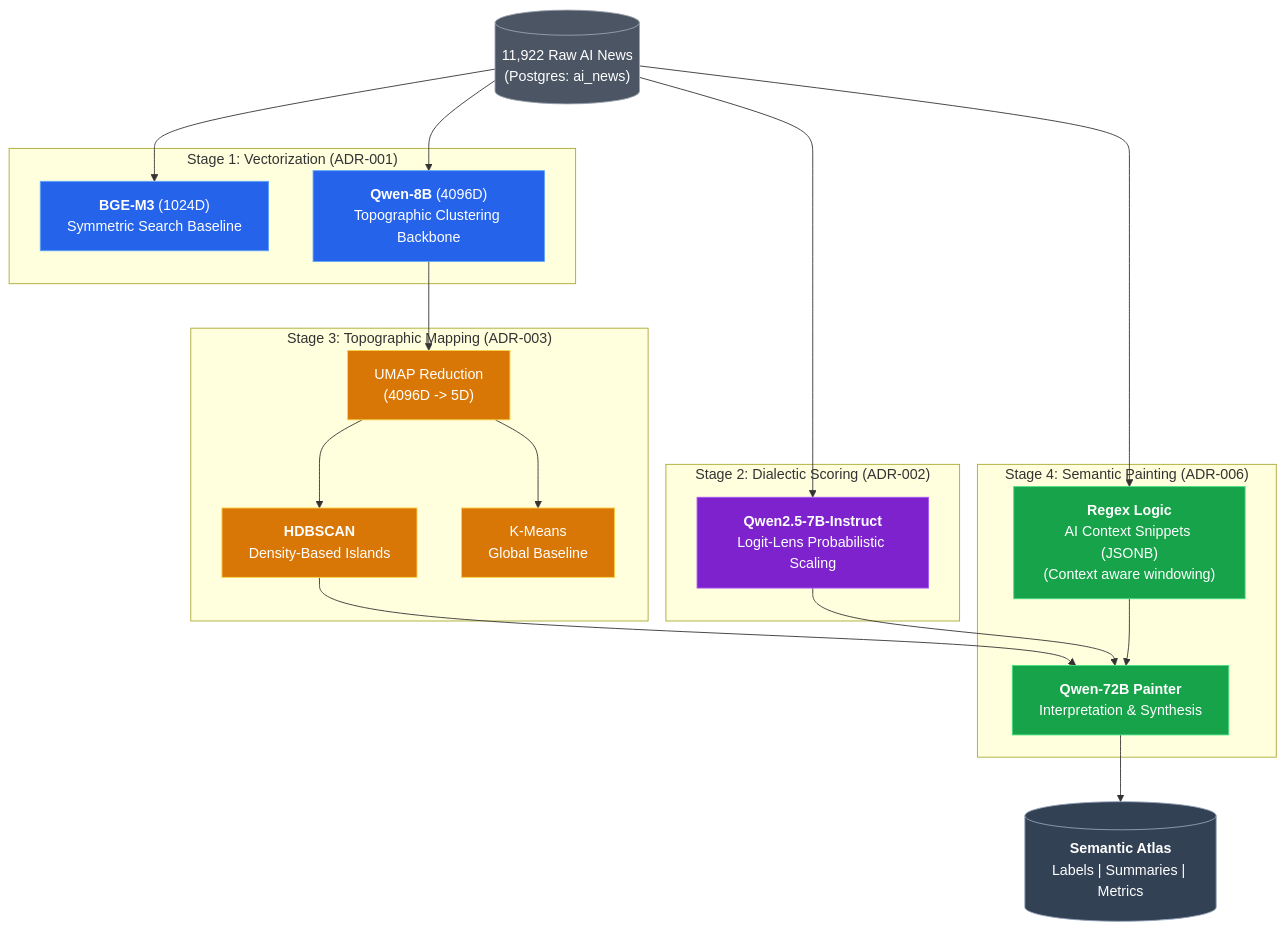
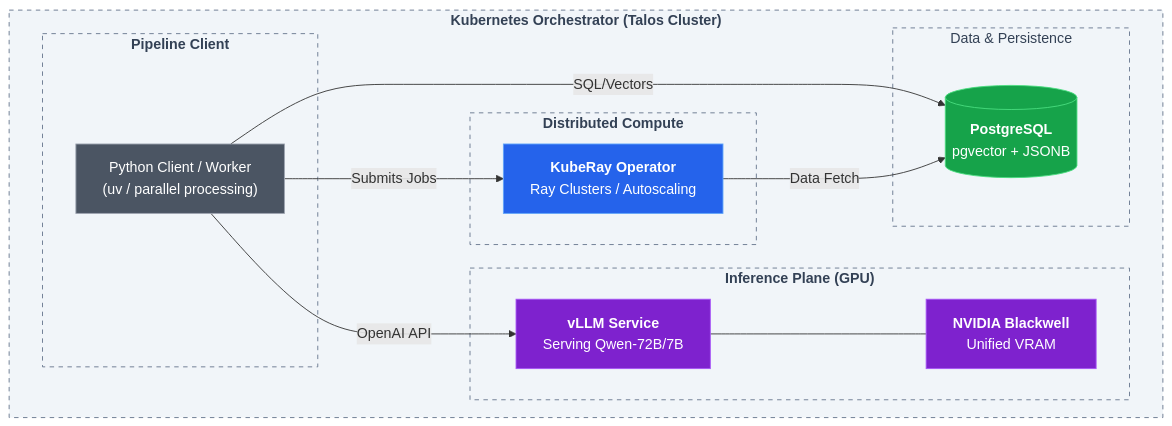
Before and after one commit to HugoAlmeidaMoreira/ainews-clustering: the first of 4 diagrams in dev/ADR/adr-010-end-to-end-semantic-atlas-pipeline.md, drawn with Mermaid. The commit also changed other lines of this file and 7 other files, not shown here.

Commit message:
feat: Upgrade semantic analysis to Qwen2.5-72B-Instruct-FP8 with 7B fallback and implement multi-model semantic storage.

````diff
--- a/dev/ADR/adr-010-end-to-end-semantic-atlas-pipeline.md
+++ b/dev/ADR/adr-010-end-to-end-semantic-atlas-pipeline.md
@@ -72,58 +51,42 @@
 ```mermaid
 graph TD
     %% ---------------------------------------------------------
     %% COLOR PALETTE
     %% ---------------------------------------------------------
-    classDef raw fill:#4b5563,stroke:#9ca3af,color:#fff
-    classDef stage1 fill:#2563eb,stroke:#60a5fa,color:#fff
-    classDef stage2 fill:#7e22ce,stroke:#a855f7,color:#fff
-    classDef stage3 fill:#d97706,stroke:#fcd34d,color:#fff
-    classDef stage4 fill:#16a34a,stroke:#4ade80,color:#fff
-    classDef storage fill:#334155,stroke:#94a3b8,color:#fff
+    classDef cluster fill:#f1f5f9,stroke:#64748b,stroke-dasharray: 5 5,color:#334155
+    classDef storage fill:#16a34a,stroke:#4ade80,color:#fff
+    classDef compute fill:#2563eb,stroke:#60a5fa,color:#fff
+    classDef gpu fill:#7e22ce,stroke:#a855f7,color:#fff
+    classDef client fill:#4b5563,stroke:#9ca3af,color:#fff
 
-    %% ---------------------------------------------------------
-    %% DATA FLOW
-    %% ---------------------------------------------------------
-    
-    RAW[("11,922 Raw AI News<br/>(Postgres: ai_news)")]:::raw
+    subgraph K8S["<b>Kubernetes Orchestrator (Talos Cluster)</b>"]
+        
+        subgraph DATA["Data & Persistence"]
+            DB[("<b>PostgreSQL</b><br/>pgvector + JSONB")]:::storage
+        end
 
-    subgraph "Stage 1: Vectorization (ADR-001)"
-        BGE["<b>BGE-M3</b> (1024D)<br/>Symmetric Search Baseline"]:::stage1
-        QWEN_EMB["<b>Qwen-8B</b> (4096D)<br/>Topographic Clustering Backbone"]:::stage1
+        subgraph INF["<b>Inference Plane (GPU)</b>"]
+            VLLM["<b>vLLM Service</b><br/>Serving Qwen-72B/7B"]:::gpu
+            BLACKWELL["<b>NVIDIA Blackwell</b><br/>Unified VRAM"]:::gpu
+        end
+
+        subgraph DIST["<b>Distributed Compute</b>"]
+            RAY["<b>KubeRay Operator</b><br/>Ray Clusters / Autoscaling"]:::compute
+        end
+
+        subgraph WORK["<b>Pipeline Client</b>"]
+            PYTHON["Python Client / Worker<br/>(uv / parallel processing)"]:::client
+        end
     end
-
-    subgraph "Stage 2: Dialectic Scoring (ADR-002)"
-        LOGITS["<b>Qwen2.5-7B-Instruct</b><br/>Logit-Lens Probabilistic Scaling"]:::stage2
-    end
-
-    subgraph "Stage 3: Topographic Mapping (ADR-003)"
-        UMAP["UMAP Reduction<br/>(4096D -> 5D)"]:::stage3
-        HDBSCAN["<b>HDBSCAN</b><br/>Density-Based Islands"]:::stage3
-        KMEANS["K-Means<br/>Global Baseline"]:::stage3
-    end
-
-    subgraph "Stage 4: Semantic Painting (ADR-006)"
-        CONTEXT["<b>Regex Logic</b><br/>AI Context Snippets (JSONB)<br/>(Context aware windowing)"]:::stage4
-        PAINTER["<b>Qwen-72B Painter</b><br/>Interpretation & Synthesis"]:::stage4
-    end
-
-    ATLAS[("<b>Semantic Atlas</b><br/>Labels | Summaries | Metrics")]:::storage
 
     %% ---------------------------------------------------------
     %% CONNECTIONS
     %% ---------------------------------------------------------
-    RAW --> BGE
-    RAW --> QWEN_EMB
-    RAW --> LOGITS
-    RAW --> CONTEXT
-
-    QWEN_EMB --> UMAP
-    UMAP --> HDBSCAN
-    UMAP --> KMEANS
-
-    HDBSCAN --> PAINTER
-    LOGITS --> PAINTER
-    CONTEXT --> PAINTER
+    PYTHON -- SQL/Vectors --> DB
+    PYTHON -- OpenAI API --> VLLM
+    VLLM --- BLACKWELL
+    PYTHON -- Submits Jobs --> RAY
+    RAY -- Data Fetch --> DB
     
-    PAINTER --> ATLAS
+    class K8S cluster
 ```
````
